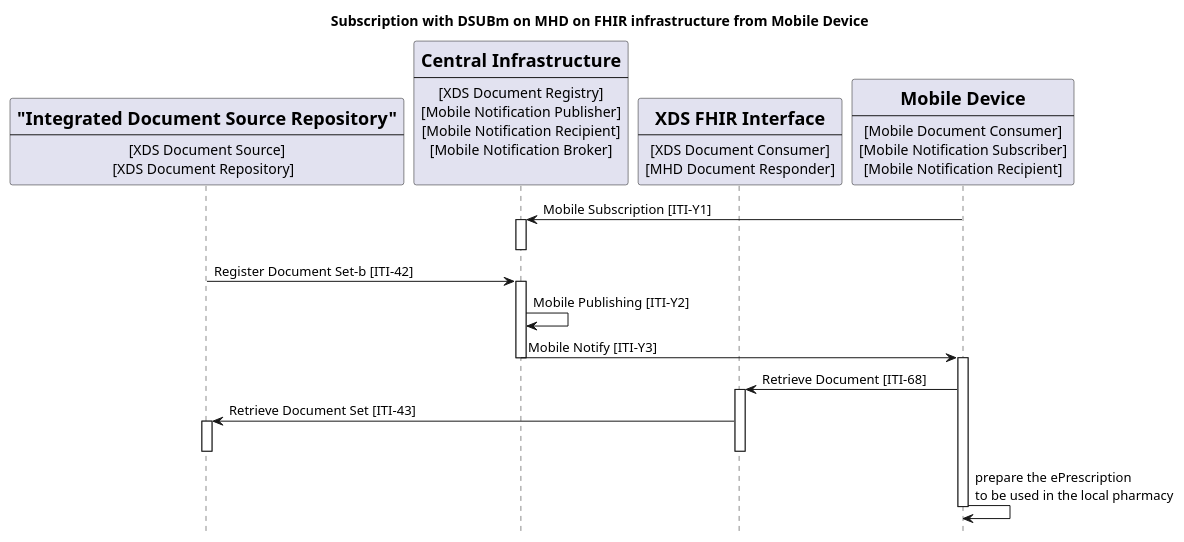
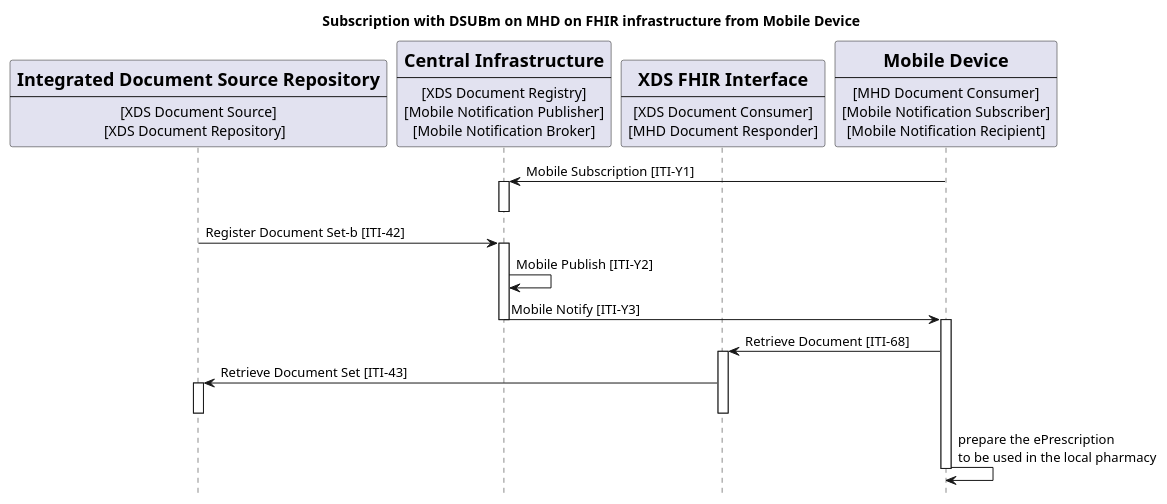
The diagram in input/images-source/usecase3-processflow.plantuml (IHE/ITI.DSUBm), drawn with PlantUML before and after one commit. The commit also changed 9 other files, not shown here.

```diff
--- a/input/images-source/usecase3-processflow.plantuml
+++ b/input/images-source/usecase3-processflow.plantuml
@@ -1,58 +1,56 @@
 @startuml
 skinparam svgDimensionStyle false
 hide footbox
 title "Subscription with DSUBm on MHD on FHIR infrastructure from Mobile Device" 
 
 participant Repository [
-    ="Integrated Document Source Repository"
+    =Integrated Document Source Repository
     ----
     [XDS Document Source]
     [XDS Document Repository]  
 ] 
 
 participant Central [
     =Central Infrastructure
     ----
     [XDS Document Registry]
     [Mobile Notification Publisher]
-    [Mobile Notification Recipient]
     [Mobile Notification Broker]
-    
 ] 
 
 participant XDSonFHIR [
     =XDS FHIR Interface
     ----
     [XDS Document Consumer]
     [MHD Document Responder]
 ] 
 
 participant MobileDevice [
     =Mobile Device
     ----
-    [Mobile Document Consumer]
+    [MHD Document Consumer]
     [Mobile Notification Subscriber]
     [Mobile Notification Recipient]
 ] 
 
 MobileDevice -> Central: Mobile Subscription [ITI-Y1]
 activate Central
 deactivate Central
 
 Repository -> Central: Register Document Set-b [ITI-42]
 activate Central
-Central -> Central :  Mobile Publishing [ITI-Y2]
+Central -> Central :  Mobile Publish [ITI-Y2]
 Central -> MobileDevice: Mobile Notify [ITI-Y3]
 deactivate Central
 activate MobileDevice
 MobileDevice -> XDSonFHIR: Retrieve Document [ITI-68]
 activate XDSonFHIR
 XDSonFHIR -> Repository: Retrieve Document Set [ITI-43]
 activate Repository
 deactivate XDSonFHIR
 deactivate Repository
 MobileDevice -> MobileDevice: prepare the ePrescription\nto be used in the local pharmacy
 deactivate MobileDevice
 
 
 @enduml
```
